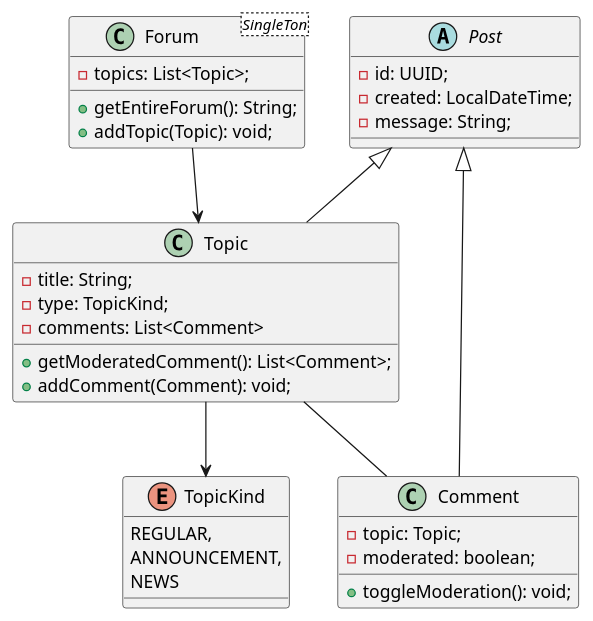
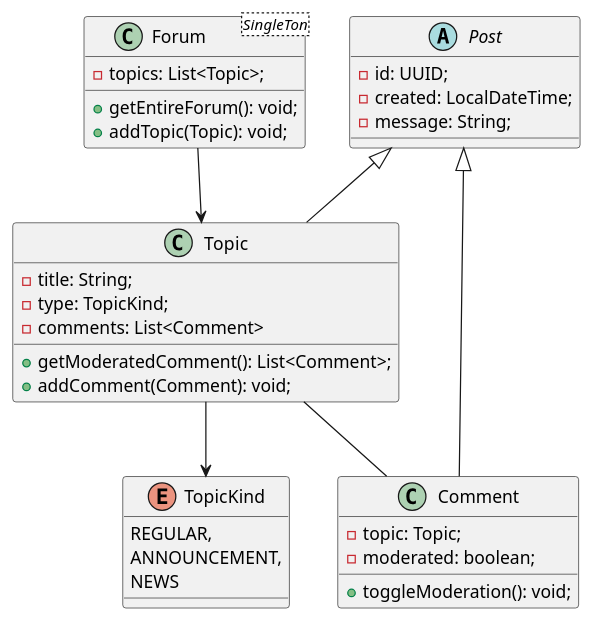
One commit to cnst300/Forum-Engine-Simulation changed the diagram in src/ForumEngineUML.puml. Above: the diagram before and after it, drawn with PlantUML.

Commit message:
Done without getEntireForm() verification

```diff
--- a/src/ForumEngineUML.puml
+++ b/src/ForumEngineUML.puml
@@ -1,42 +1,42 @@
 @startuml
 
 enum TopicKind{
 REGULAR,
 ANNOUNCEMENT,
 NEWS
 }
 
 abstract class Post{
 - id: UUID;
 - created: LocalDateTime;
 - message: String;
 }
 
 class Topic extends Post{
 - title: String;
 - type: TopicKind;
 - comments: List<Comment>
 + getModeratedComment(): List<Comment>;
 + addComment(Comment): void;
 }
 
 class Comment extends Post{
 - topic: Topic;
 - moderated: boolean;
 + toggleModeration(): void;
 }
 
 class Forum <SingleTon>{
 - topics: List<Topic>;
-+ getEntireForum(): String;
++ getEntireForum(): void;
 + addTopic(Topic): void;
 }
 
 Topic-->TopicKind
 Topic--Comment
 Forum-->Topic
 
 
 
 
 @enduml
```
